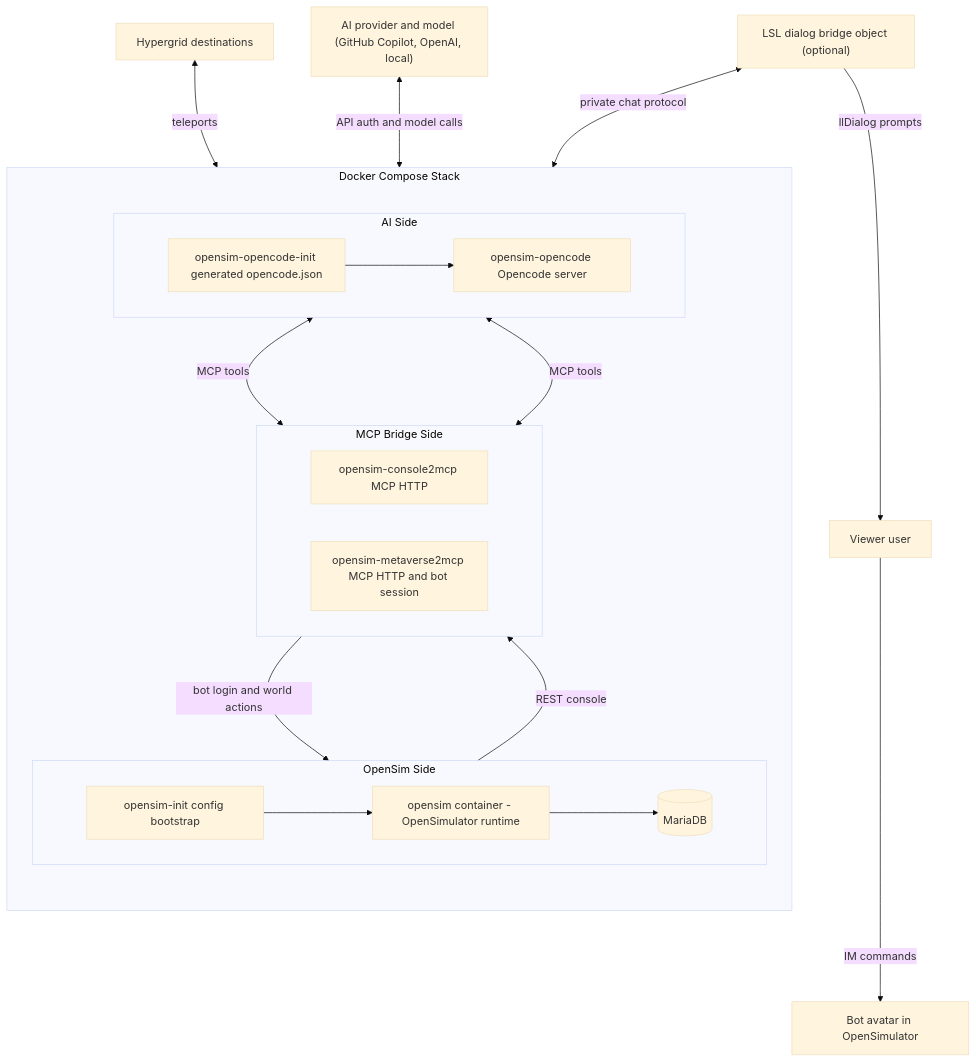
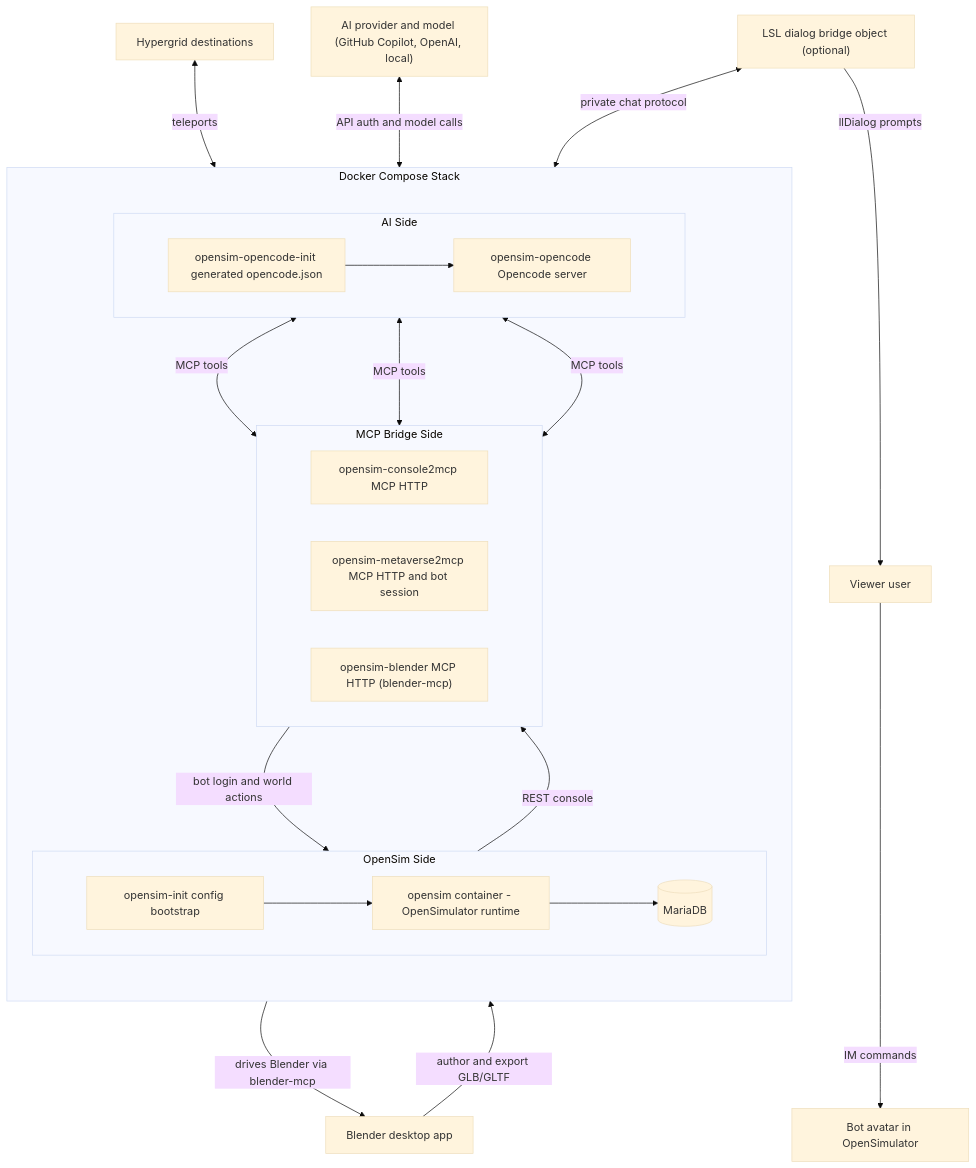
Before and after one commit to opensim-stack/opensim-stack-docs: the diagram in docs/reference/architecture.md, drawn with Mermaid (base theme). The commit also changed other lines of this file and 5 other files, not shown here.

````diff
--- a/docs/reference/architecture.md
+++ b/docs/reference/architecture.md
@@ -5,44 +5,49 @@
 ```mermaid
 %%{init: {'flowchart': {'nodeSpacing': 55, 'rankSpacing': 110, 'diagramPadding': 16}}}%%
 flowchart TB
     User["Viewer user"] -->|"IM commands"| BotAvatar["Bot avatar in OpenSimulator"]
+    BlenderApp["Blender desktop app"] -->|"author and export GLB/GLTF"| OpenSim
 
     subgraph DockerHost["Docker Compose Stack"]
       direction TB
 
       subgraph OpenSimSide["OpenSim Side"]
         direction LR
         OpenSim["opensim container - OpenSimulator runtime"]
         DB[(MariaDB)]
         OpenSimInit["opensim-init config bootstrap"]
       end
 
       subgraph MCPBridgeSide["MCP Bridge Side"]
         direction LR
         ConsoleMCP["opensim-console2mcp MCP HTTP"]
         MetaMCP["opensim-metaverse2mcp MCP HTTP and bot session"]
+        BlenderMCP["opensim-blender MCP HTTP (blender-mcp)"]
       end
 
       subgraph AISide["AI Side"]
         direction LR
         OpenCode["opensim-opencode Opencode server"]
         OpenCodeInit["opensim-opencode-init generated opencode.json"]
       end
     end
 
     Hypergrid["Hypergrid destinations"] <-->|"teleports"| OpenSim
     OpenSimInit --> OpenSim
     OpenSim --> DB
 
     OpenSim -->|"REST console"| ConsoleMCP
     MetaMCP -->|"bot login and world actions"| OpenSim
 
     OpenCodeInit --> OpenCode
     OpenCode <-->|"MCP tools"| ConsoleMCP
     OpenCode <-->|"MCP tools"| MetaMCP
+    OpenCode <-->|"MCP tools"| BlenderMCP
+
+    BlenderMCP -->|"drives Blender via blender-mcp"| BlenderApp
 
     Provider["AI provider and model (GitHub Copilot, OpenAI, local)"] <-->|"API auth and model calls"| OpenCode
 
     DialogBridge["LSL dialog bridge object (optional)"] <-->|"private chat protocol"| MetaMCP
     DialogBridge -->|"llDialog prompts"| User
 ```
````
